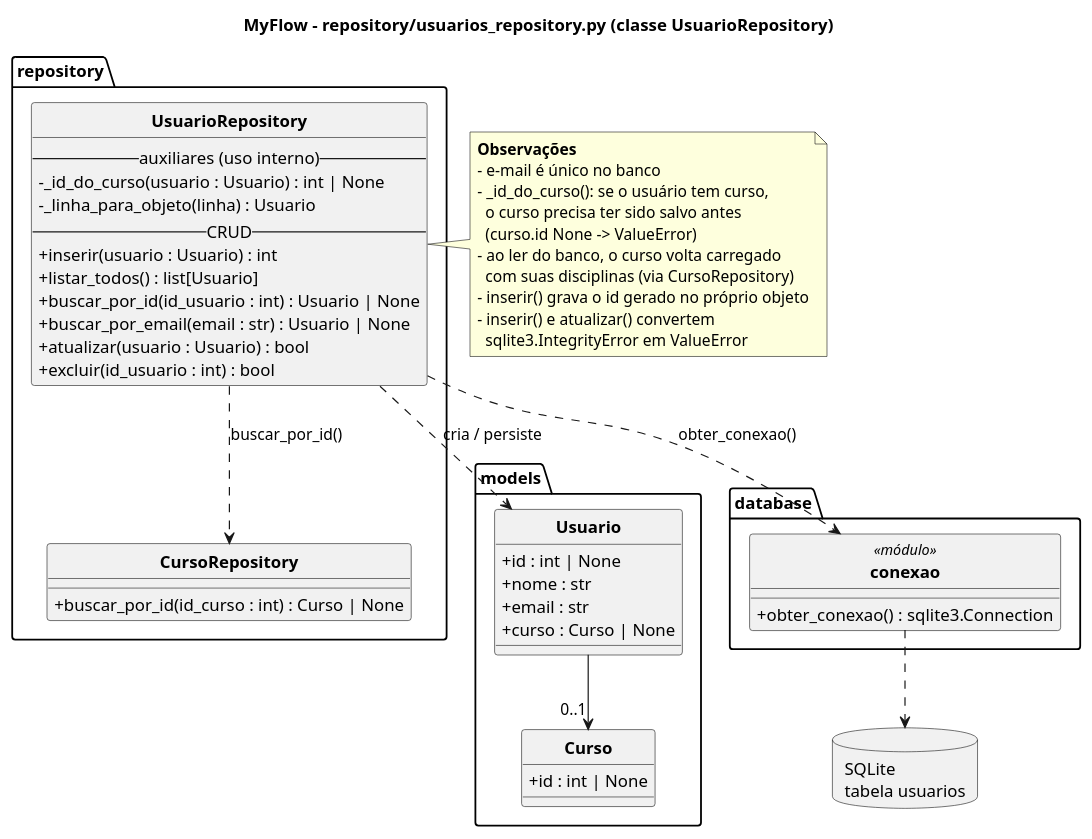
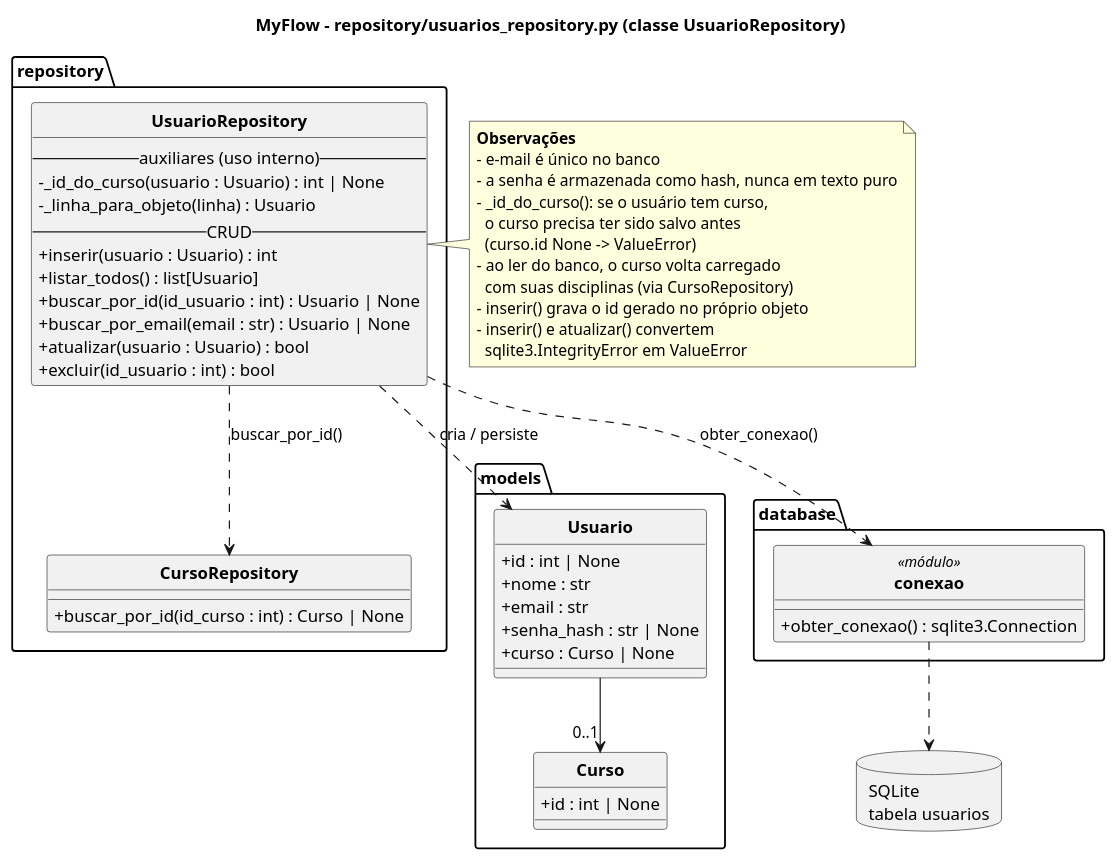
The diagram in uml/classes/06_repository_usuarios.puml (nicholasmichelon/project-myflow), drawn with PlantUML before and after one commit. The commit also changed 46 other files, not shown here.

```diff
--- a/uml/classes/06_repository_usuarios.puml
+++ b/uml/classes/06_repository_usuarios.puml
@@ -1,69 +1,71 @@
 @startuml 06_repository_usuarios
 ' MyFlow - repository/usuarios_repository.py
 title MyFlow - repository/usuarios_repository.py (classe UsuarioRepository)
 
 allowmixing
 skinparam classAttributeIconSize 0
 skinparam shadowing false
 skinparam classFontStyle bold
 hide circle
 
 package "repository" {
   class UsuarioRepository {
     -- auxiliares (uso interno) --
     -_id_do_curso(usuario : Usuario) : int | None
     -_linha_para_objeto(linha) : Usuario
     -- CRUD --
     +inserir(usuario : Usuario) : int
     +listar_todos() : list[Usuario]
     +buscar_por_id(id_usuario : int) : Usuario | None
     +buscar_por_email(email : str) : Usuario | None
     +atualizar(usuario : Usuario) : bool
     +excluir(id_usuario : int) : bool
   }
 
   class CursoRepository {
     +buscar_por_id(id_curso : int) : Curso | None
   }
 }
 
 package "models" {
   class Usuario {
     +id : int | None
     +nome : str
     +email : str
+    +senha_hash : str | None
     +curso : Curso | None
   }
   class Curso {
     +id : int | None
   }
   Usuario --> "0..1" Curso
 }
 
 package "database" {
   class conexao <<módulo>> {
     +obter_conexao() : sqlite3.Connection
   }
 }
 
 database "SQLite\ntabela usuarios" as db
 
 UsuarioRepository ..> Usuario : cria / persiste
 UsuarioRepository ..> CursoRepository : buscar_por_id()
 UsuarioRepository ..> conexao : obter_conexao()
 conexao ..> db
 
 note right of UsuarioRepository
   <b>Observações</b>
   - e-mail é único no banco
+  - a senha é armazenada como hash, nunca em texto puro
   - _id_do_curso(): se o usuário tem curso,
     o curso precisa ter sido salvo antes
     (curso.id None -> ValueError)
   - ao ler do banco, o curso volta carregado
     com suas disciplinas (via CursoRepository)
   - inserir() grava o id gerado no próprio objeto
   - inserir() e atualizar() convertem
     sqlite3.IntegrityError em ValueError
 end note
 
 @enduml
```
